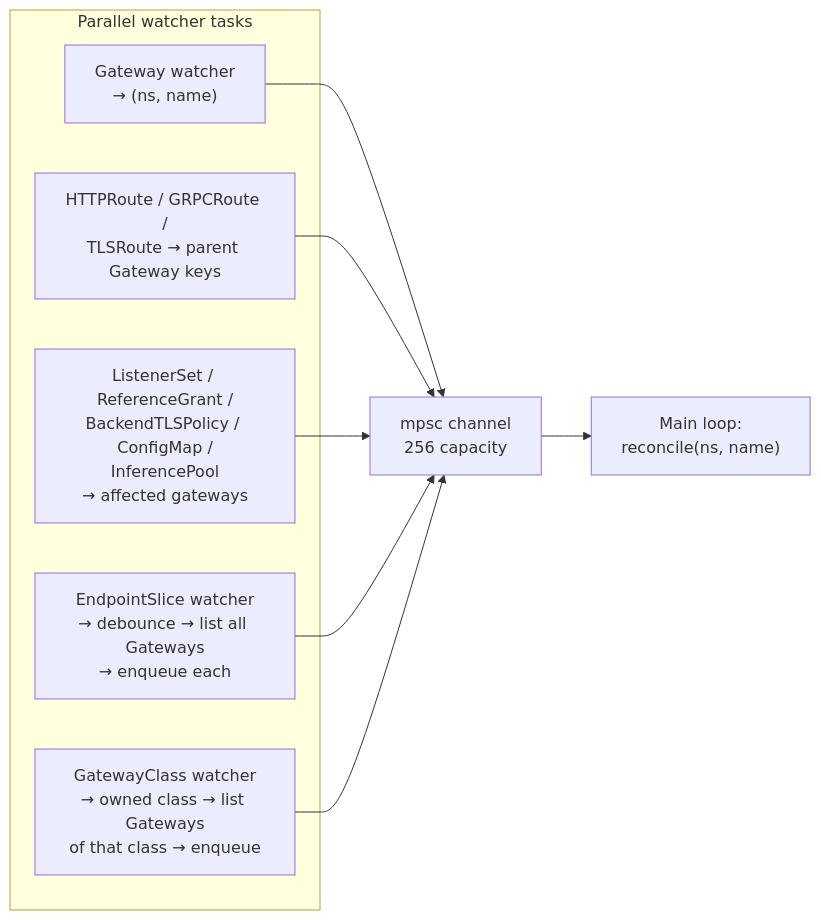
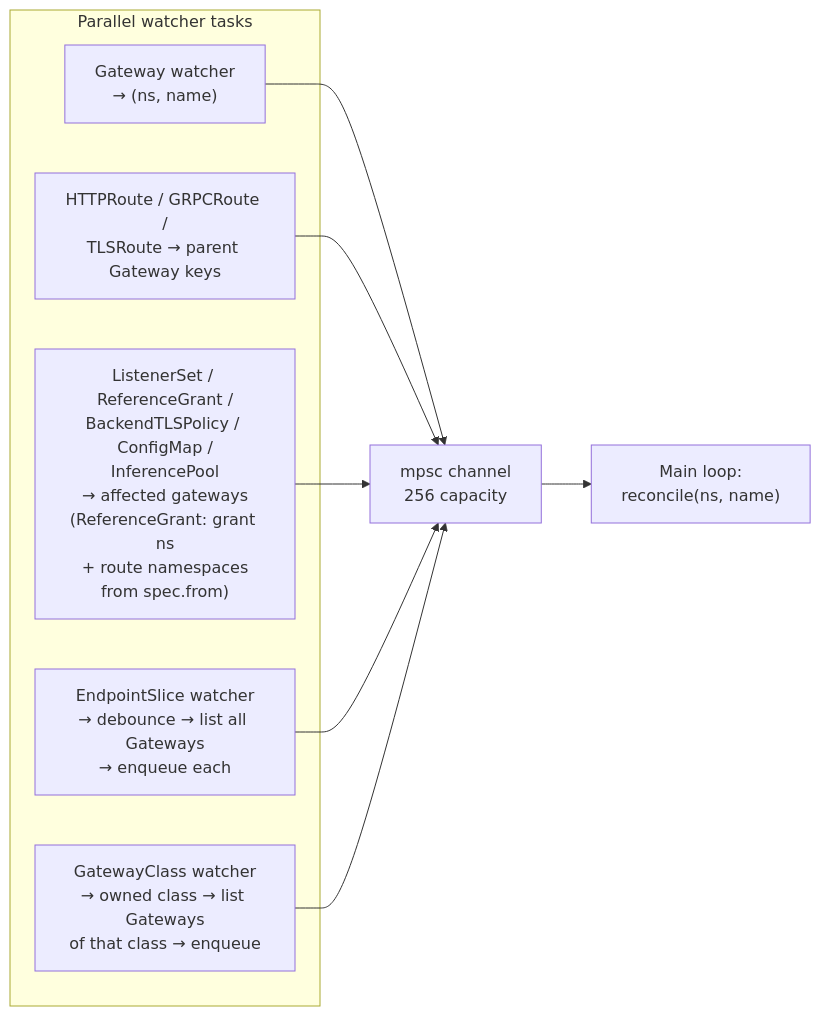
The fourth of 6 diagrams in docs/architecture.md (aslakknutsen/ugwc), drawn with Mermaid before and after one commit. The commit also changed other lines of this file and 13 other files, not shown here.

First line of the commit message:
fix(gateway-api): enforce route parent ReferenceGrant

````diff
--- a/docs/architecture.md
+++ b/docs/architecture.md
@@ -124,20 +126,20 @@
 ```mermaid
 flowchart LR
     subgraph watchers["Parallel watcher tasks"]
         W1["Gateway watcher\n→ (ns, name)"]
         W2["HTTPRoute / GRPCRoute /\nTLSRoute → parent Gateway keys"]
-        W3["ListenerSet / ReferenceGrant /\nBackendTLSPolicy / ConfigMap /\nInferencePool\n→ affected gateways"]
+        W3["ListenerSet / ReferenceGrant /\nBackendTLSPolicy / ConfigMap /\nInferencePool\n→ affected gateways\n(ReferenceGrant: grant ns\n+ route namespaces\nfrom spec.from)"]
         W4["EndpointSlice watcher\n→ debounce → list all Gateways\n→ enqueue each"]
         W5["GatewayClass watcher\n→ owned class → list Gateways\nof that class → enqueue"]
     end
 
     Q["mpsc channel\n256 capacity"]
     Loop["Main loop:\nreconcile(ns, name)"]
 
     W1 --> Q
     W2 --> Q
     W3 --> Q
     W4 --> Q
     W5 --> Q
     Q --> Loop
 ```
````
